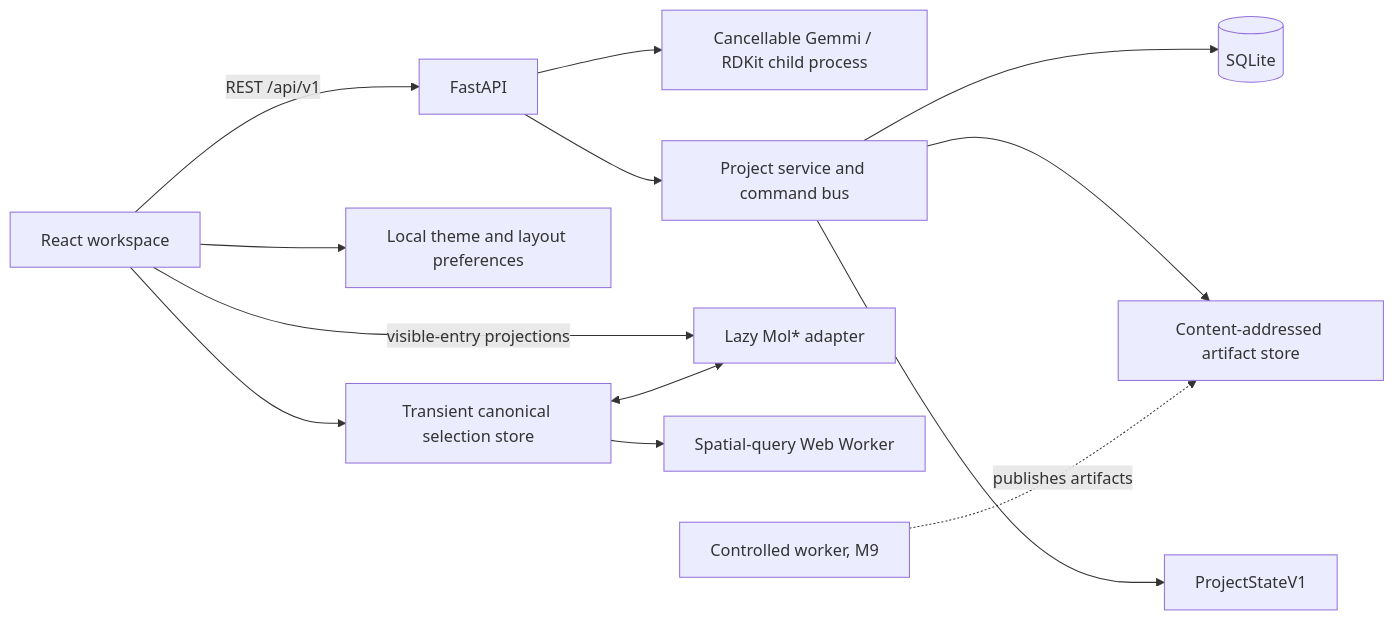
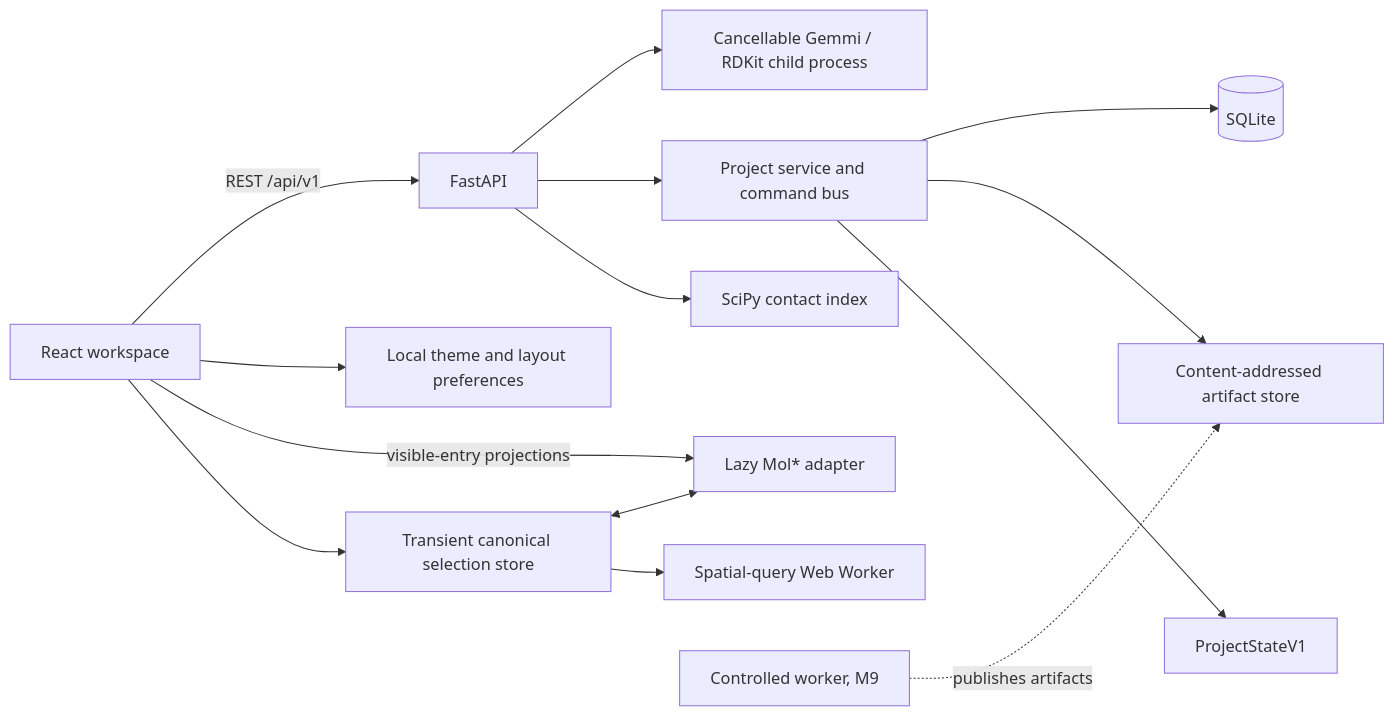
Before and after one commit to ManuelSe/Neistra: the diagram in README.md, drawn with Mermaid. The commit also changed other lines of this file and 7 other files, not shown here.

````diff
--- a/README.md
+++ b/README.md
@@ -47,15 +47,16 @@
 ```mermaid
 flowchart LR
     UI[React workspace] -->|REST /api/v1| API[FastAPI]
     UI --> PREFS[Local theme and layout preferences]
     API --> PARSE[Cancellable Gemmi / RDKit child process]
     API --> PS[Project service and command bus]
     PS --> DB[(SQLite)]
     PS --> ART[Content-addressed artifact store]
     PS --> STATE[ProjectStateV1]
     UI -->|visible-entry projections| VIEWER[Lazy Mol* adapter]
     UI --> SELECT[Transient canonical selection store]
     SELECT <--> VIEWER
     SELECT --> WORKER[Spatial-query Web Worker]
+    API --> CONTACTS[SciPy contact index]
     JOBS[Controlled worker, M9] -. publishes artifacts .-> ART
 ```
````
